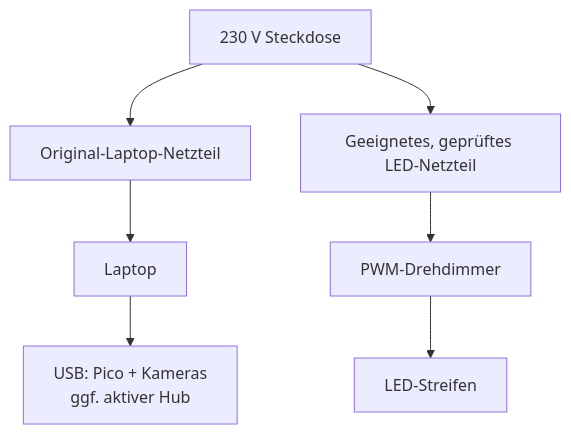
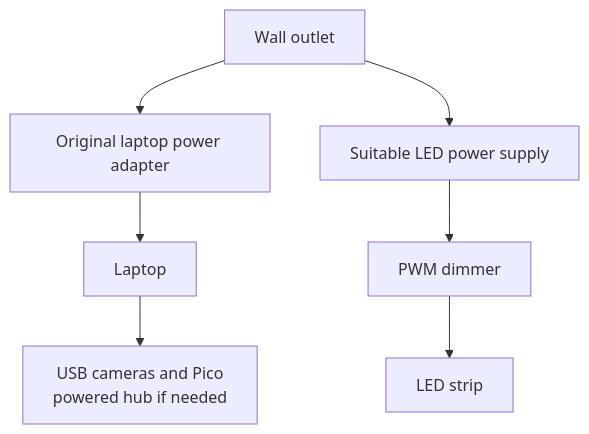
The fourth of 4 diagrams in docs/ARCHITECTURE.md (Arber28/Darts-Console), drawn with Mermaid before and after one commit. The commit also changed other lines of this file, not shown here.

````diff
--- a/docs/ARCHITECTURE.md
+++ b/docs/ARCHITECTURE.md
@@ -77,9 +71,9 @@
 ```mermaid
 flowchart TD
-  MAINS["230 V Steckdose"] --> LAP["Original-Laptop-Netzteil"]
-  LAP --> LAPTOP["Laptop"]
-  LAPTOP --> USB["USB: Pico + Kameras<br/>ggf. aktiver Hub"]
-  MAINS --> SUPPLY["Geeignetes, geprüftes LED-Netzteil"]
-  SUPPLY --> DIMMER["PWM-Drehdimmer"]
-  DIMMER --> STRIP["LED-Streifen"]
+    MAINS["Wall outlet"] --> LAPPSU["Original laptop power adapter"]
+    LAPPSU --> LAP["Laptop"]
+    LAP --> USB["USB cameras and Pico<br/>powered hub if needed"]
+    MAINS --> LEDPSU["Suitable LED power supply"]
+    LEDPSU --> DIM["PWM dimmer"]
+    DIM --> STRIP["LED strip"]
 ```
````
